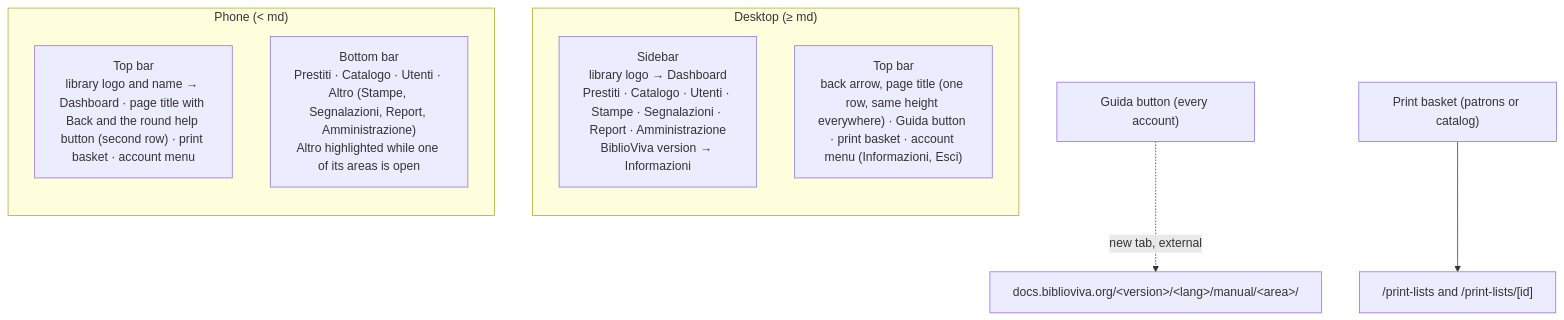
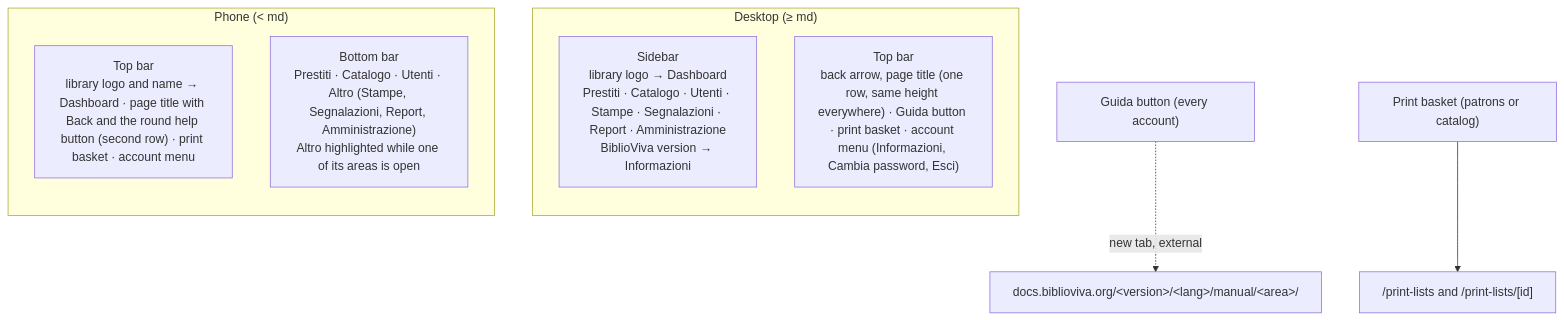
One commit to itotm/biblioviva changed the second of 19 diagrams in docs/navigation.md. Above: the diagram before and after it, drawn with Mermaid. The commit also changed other lines of this file and 91 other files, not shown here.

Commit message:
phase 9.51–9.53: personal accounts with the password changed at the first login and from the account menu; a loan right after a return at the desk; database diagrams drawn on the site and the libraries page

````diff
--- a/docs/navigation.md
+++ b/docs/navigation.md
@@ -62,15 +62,15 @@
 ```mermaid
 flowchart TB
     subgraph Desktop["Desktop (≥ md)"]
         direction TB
         SB["Sidebar<br/>library logo → Dashboard<br/>Prestiti · Catalogo · Utenti · Stampe · Segnalazioni · Report · Amministrazione<br/>BiblioViva version → Informazioni"]
-        TB["Top bar<br/>back arrow, page title (one row, same height everywhere) · Guida button · print basket · account menu (Informazioni, Esci)"]
+        TB["Top bar<br/>back arrow, page title (one row, same height everywhere) · Guida button · print basket · account menu (Informazioni, Cambia password, Esci)"]
     end
     subgraph Phone["Phone (< md)"]
         direction TB
         PT["Top bar<br/>library logo and name → Dashboard · page title with Back and the round help button (second row) · print basket · account menu"]
         BB["Bottom bar<br/>Prestiti · Catalogo · Utenti · Altro (Stampe, Segnalazioni, Report, Amministrazione)<br/>Altro highlighted while one of its areas is open"]
     end
     Help["Guida button (every account)"] -. "new tab, external" .-> Docs["docs.biblioviva.org/&lt;version&gt;/&lt;lang&gt;/manual/&lt;area&gt;/"]
     Basket["Print basket (patrons or catalog)"] --> Lists["/print-lists and /print-lists/[id]"]
 ```
````
